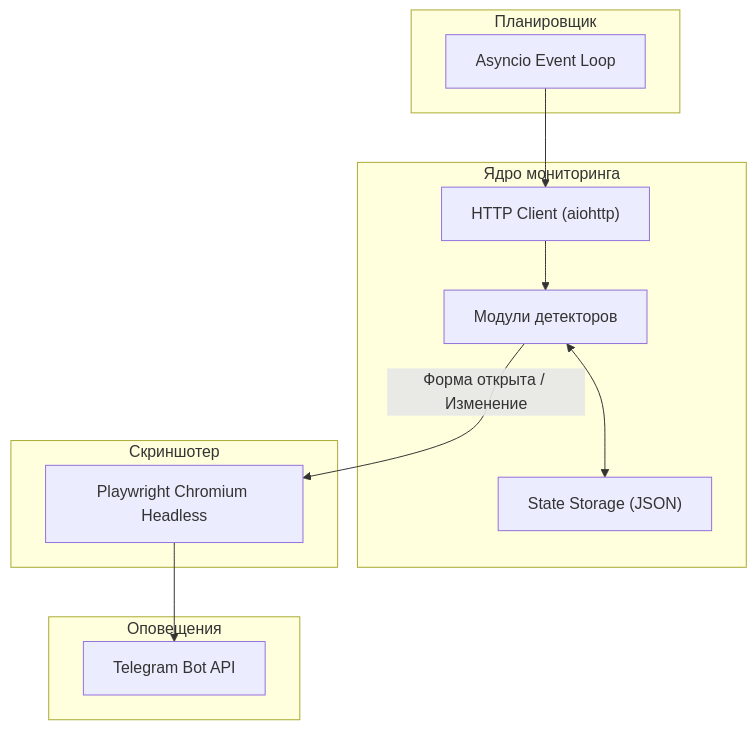
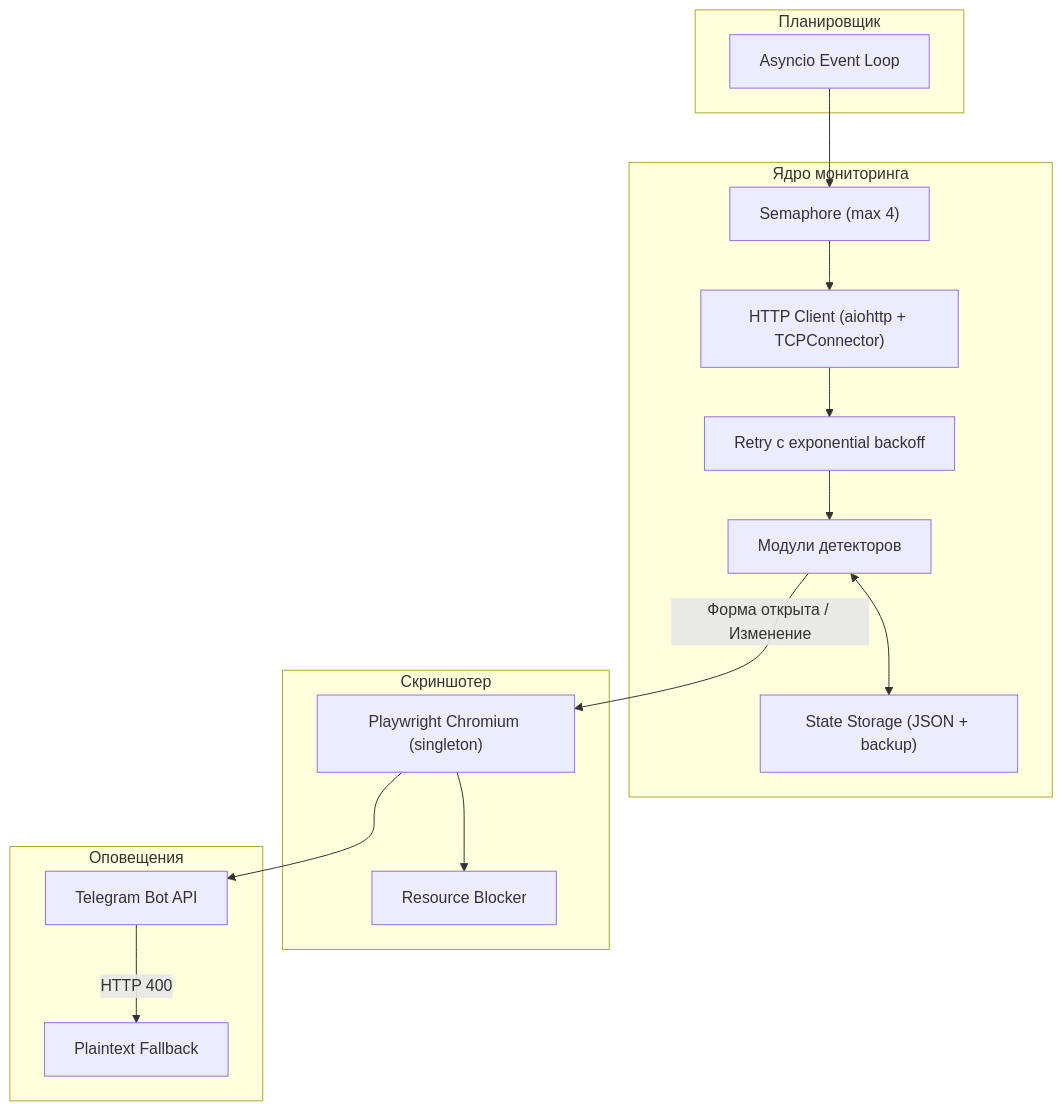
One commit to booowieee/england-bot-watcher changed the diagram in docs/architecture.md. Above: the diagram before and after it, drawn with Mermaid. The commit also changed other lines of this file and 13 other files, not shown here.

Commit message:
refactor: reuse sessions, add retry with backoff, fix resource leaks

````diff
--- a/docs/architecture.md
+++ b/docs/architecture.md
@@ -11,26 +11,34 @@
 ```mermaid
 graph TD
     subgraph Scheduler ["Планировщик"]
         Loop["Asyncio Event Loop"]
     end
 
     subgraph Engine ["Ядро мониторинга"]
-        HTTP["HTTP Client (aiohttp)"]
+        HTTP["HTTP Client (aiohttp + TCPConnector)"]
+        Retry["Retry с exponential backoff"]
+        Semaphore["Semaphore (max 4)"]
         Detectors["Модули детекторов"]
-        State["State Storage (JSON)"]
+        State["State Storage (JSON + backup)"]
     end
 
     subgraph Verification ["Скриншотер"]
-        Browser["Playwright Chromium Headless"]
+        Browser["Playwright Chromium (singleton)"]
+        RouteBlock["Resource Blocker"]
     end
 
     subgraph Notifications ["Оповещения"]
         Telegram["Telegram Bot API"]
+        Fallback["Plaintext Fallback"]
     end
 
-    Loop --> HTTP
-    HTTP --> Detectors
+    Loop --> Semaphore
+    Semaphore --> HTTP
+    HTTP --> Retry
+    Retry --> Detectors
     Detectors <--> State
     Detectors -->|Форма открыта / Изменение| Browser
+    Browser --> RouteBlock
     Browser --> Telegram
+    Telegram -->|HTTP 400| Fallback
 ```
````
